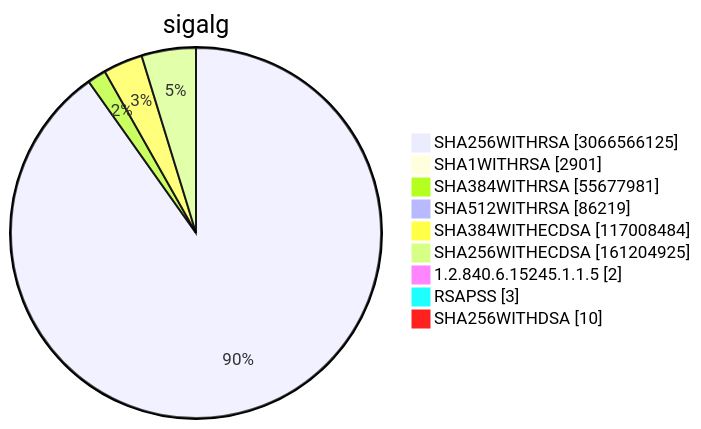
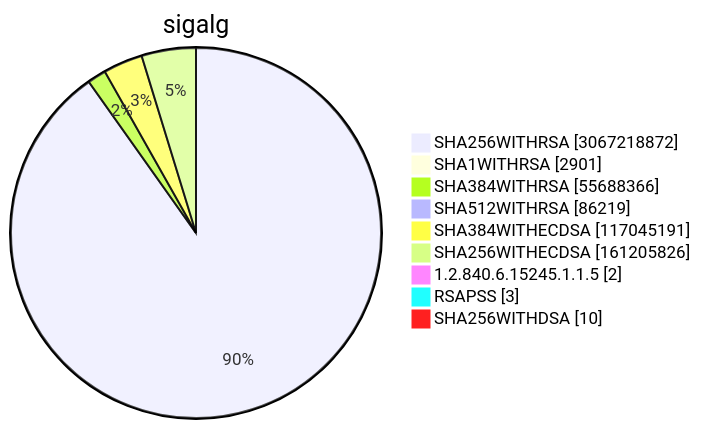
One commit to christiankrug/ctmonitor_visualization changed diagram 15 of 15 in TOTAL/README.md. Above: the diagram before and after it, drawn with Mermaid. The commit also changed other lines of this file, not shown here.

````diff
--- a/TOTAL/README.md
+++ b/TOTAL/README.md
@@ -6209,13 +6209,13 @@
 ```mermaid
 pie showData
 title sigalg
-"SHA256WITHRSA" :3066566125
+"SHA256WITHRSA" :3067218872
 "SHA1WITHRSA" :2901
-"SHA384WITHRSA" :55677981
+"SHA384WITHRSA" :55688366
 "SHA512WITHRSA" :86219
-"SHA384WITHECDSA" :117008484
-"SHA256WITHECDSA" :161204925
+"SHA384WITHECDSA" :117045191
+"SHA256WITHECDSA" :161205826
 "1.2.840.6.15245.1.1.5" :2
 "RSAPSS" :3
 "SHA256WITHDSA" :10
 ```
````
